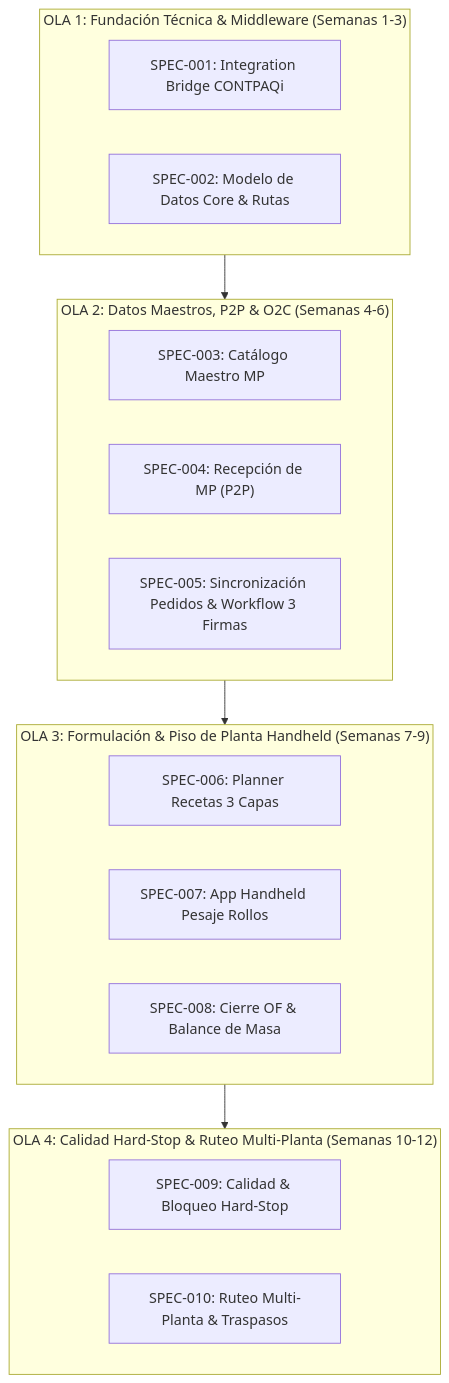
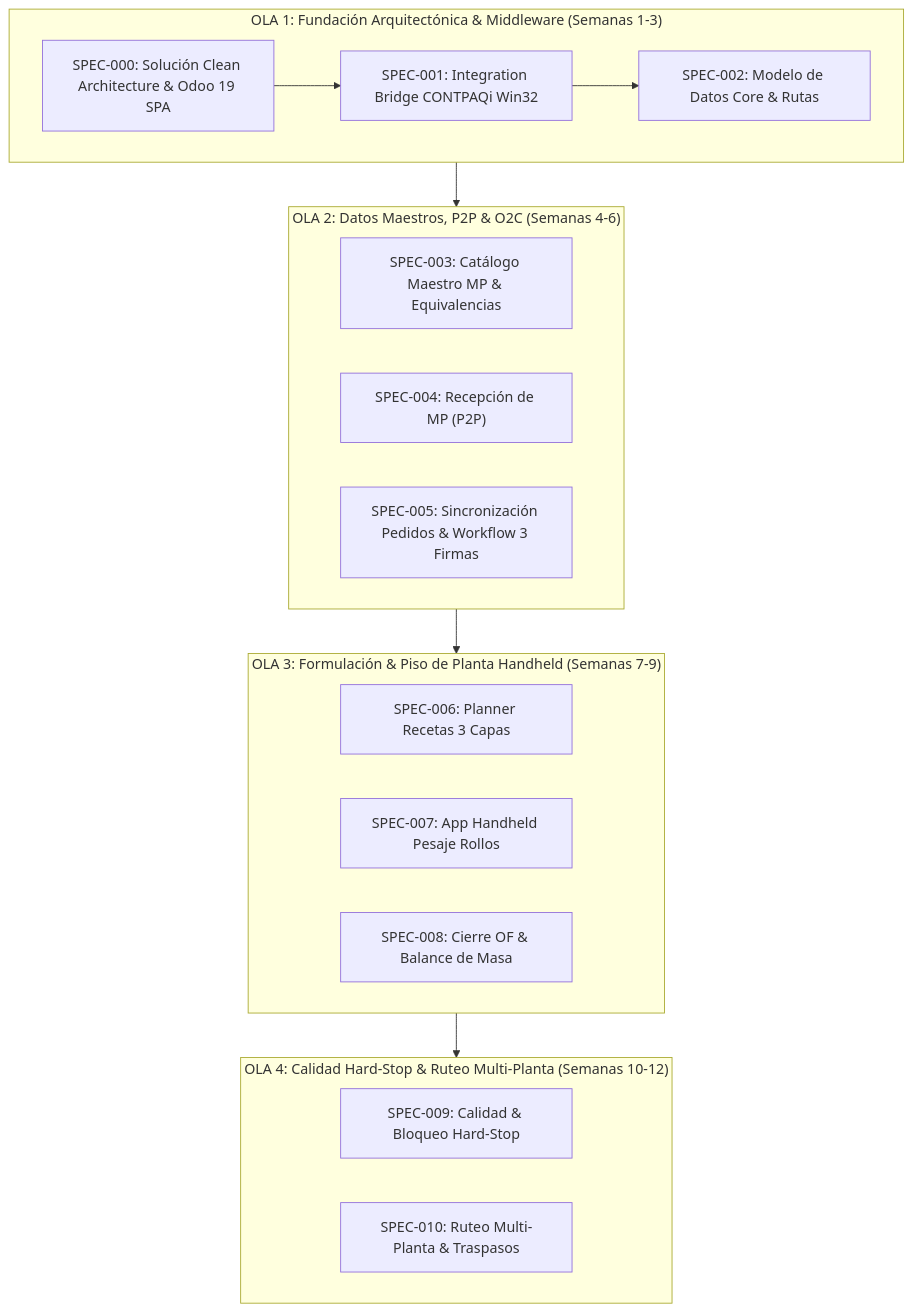
The diagram in docs/sdd/ROADMAP_ESPECIFICACIONES_POLYCONECTA.md (jponcema/Polyconecta), drawn with Mermaid before and after one commit. The commit also changed other lines of this file and 156 other files, not shown here.

````diff
--- a/docs/sdd/ROADMAP_ESPECIFICACIONES_POLYCONECTA.md
+++ b/docs/sdd/ROADMAP_ESPECIFICACIONES_POLYCONECTA.md
@@ -20,26 +20,28 @@
 ```mermaid
 flowchart TD
-    subgraph Wave1 ["OLA 1: Fundación Técnica & Middleware (Semanas 1-3)"]
-        S01["SPEC-001: Integration Bridge CONTPAQi"]
+    subgraph Wave1 ["OLA 1: Fundación Arquitectónica & Middleware (Semanas 1-3)"]
+        S00["SPEC-000: Solución Clean Architecture & Odoo 19 SPA"]
+        S01["SPEC-001: Integration Bridge CONTPAQi Win32"]
         S02["SPEC-002: Modelo de Datos Core & Rutas"]
+        S00 --> S01 --> S02
     end
 
     subgraph Wave2 ["OLA 2: Datos Maestros, P2P & O2C (Semanas 4-6)"]
-        S03["SPEC-003: Catálogo Maestro MP"]
+        S03["SPEC-003: Catálogo Maestro MP & Equivalencias"]
         S04["SPEC-004: Recepción de MP (P2P)"]
         S05["SPEC-005: Sincronización Pedidos & Workflow 3 Firmas"]
     end
 
     subgraph Wave3 ["OLA 3: Formulación & Piso de Planta Handheld (Semanas 7-9)"]
         S06["SPEC-006: Planner Recetas 3 Capas"]
         S07["SPEC-007: App Handheld Pesaje Rollos"]
         S08["SPEC-008: Cierre OF & Balance de Masa"]
     end
 
     subgraph Wave4 ["OLA 4: Calidad Hard-Stop & Ruteo Multi-Planta (Semanas 10-12)"]
         S09["SPEC-009: Calidad & Bloqueo Hard-Stop"]
         S10["SPEC-010: Ruteo Multi-Planta & Traspasos"]
     end
 
     Wave1 --> Wave2 --> Wave3 --> Wave4
 ```
````
